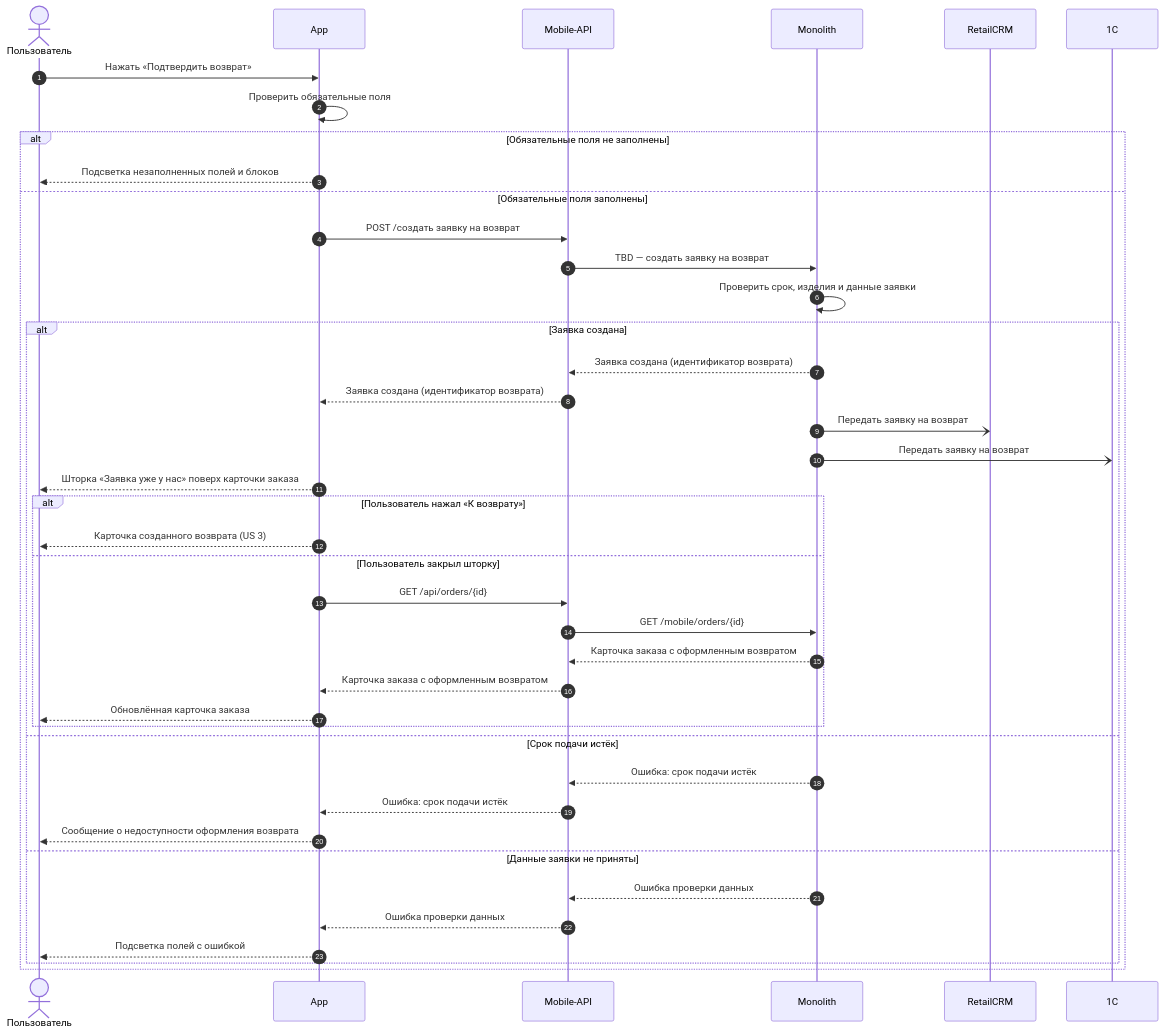
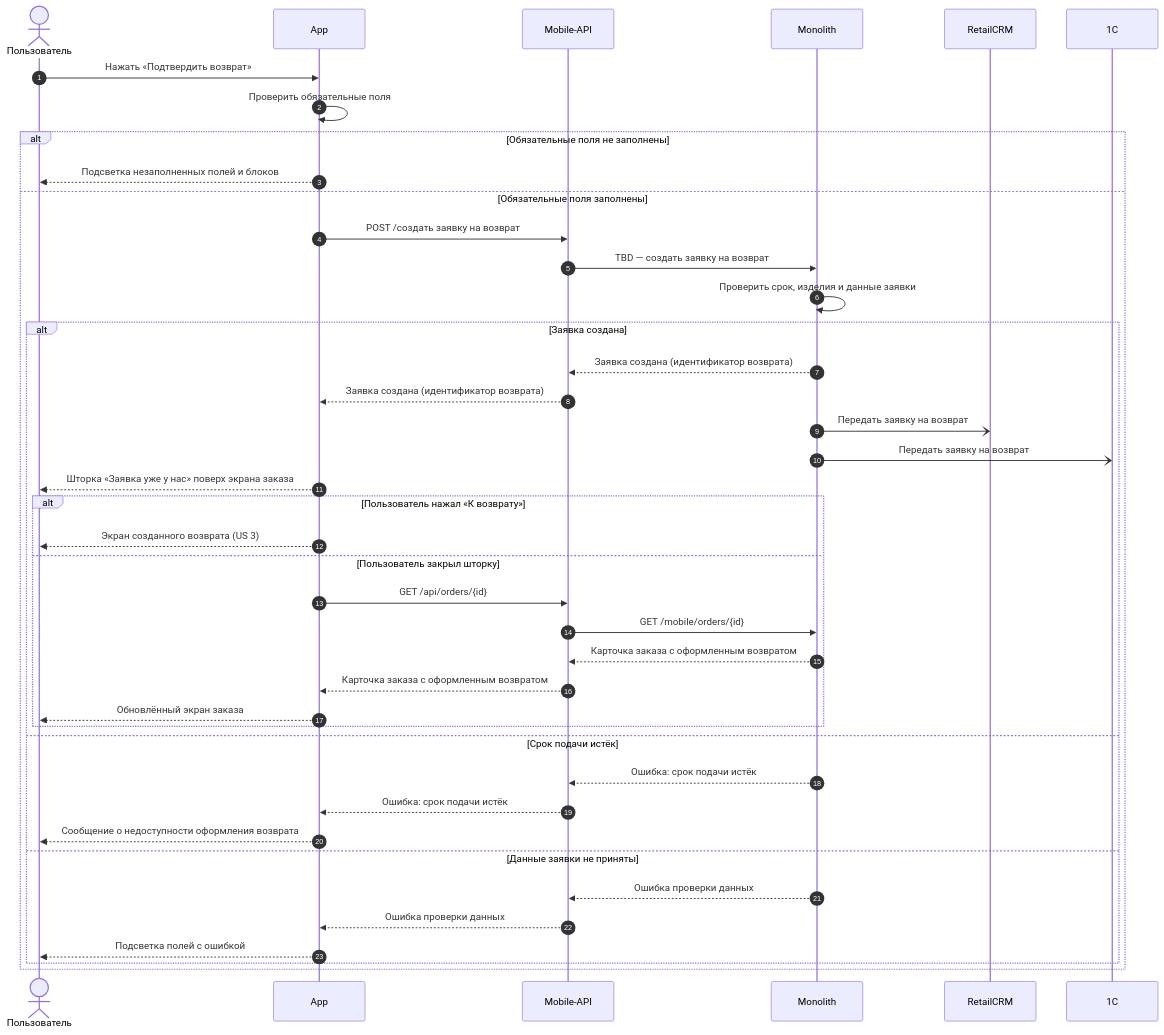
Diagram 18 of 24 in projects/returns-2.0/requirements/srs/srs-mobile-mvp.md (Terinss155/opencode-agents-analysis), drawn with Mermaid before and after one commit. The commit also changed other lines of this file and 135 other files, not shown here.

````diff
--- a/projects/returns-2.0/requirements/srs/srs-mobile-mvp.md
+++ b/projects/returns-2.0/requirements/srs/srs-mobile-mvp.md
@@ -976,44 +1026,44 @@
 ```mermaid
 sequenceDiagram
     autonumber
     actor U as Пользователь
     participant APP as App
     participant API as Mobile-API
     participant MON as Monolith
     participant RCRM as RetailCRM
     participant ONEC as 1C
 
     U->>APP: Нажать «Подтвердить возврат»
     APP->>APP: Проверить обязательные поля
     alt Обязательные поля не заполнены
         APP-->>U: Подсветка незаполненных полей и блоков
     else Обязательные поля заполнены
         APP->>API: POST /создать заявку на возврат
         API->>MON: TBD — создать заявку на возврат
         MON->>MON: Проверить срок, изделия и данные заявки
         alt Заявка создана
             MON-->>API: Заявка создана (идентификатор возврата)
             API-->>APP: Заявка создана (идентификатор возврата)
             MON-)RCRM: Передать заявку на возврат
             MON-)ONEC: Передать заявку на возврат
-            APP-->>U: Шторка «Заявка уже у нас» поверх карточки заказа
+            APP-->>U: Шторка «Заявка уже у нас» поверх экрана заказа
             alt Пользователь нажал «К возврату»
-                APP-->>U: Карточка созданного возврата (US 3)
+                APP-->>U: Экран созданного возврата (US 3)
             else Пользователь закрыл шторку
                 APP->>API: GET /api/orders/{id}
                 API->>MON: GET /mobile/orders/{id}
                 MON-->>API: Карточка заказа с оформленным возвратом
                 API-->>APP: Карточка заказа с оформленным возвратом
-                APP-->>U: Обновлённая карточка заказа
+                APP-->>U: Обновлённый экран заказа
             end
         else Срок подачи истёк
             MON-->>API: Ошибка: срок подачи истёк
             API-->>APP: Ошибка: срок подачи истёк
             APP-->>U: Сообщение о недоступности оформления возврата
         else Данные заявки не приняты
             MON-->>API: Ошибка проверки данных
             API-->>APP: Ошибка проверки данных
             APP-->>U: Подсветка полей с ошибкой
         end
     end
 ```
````
